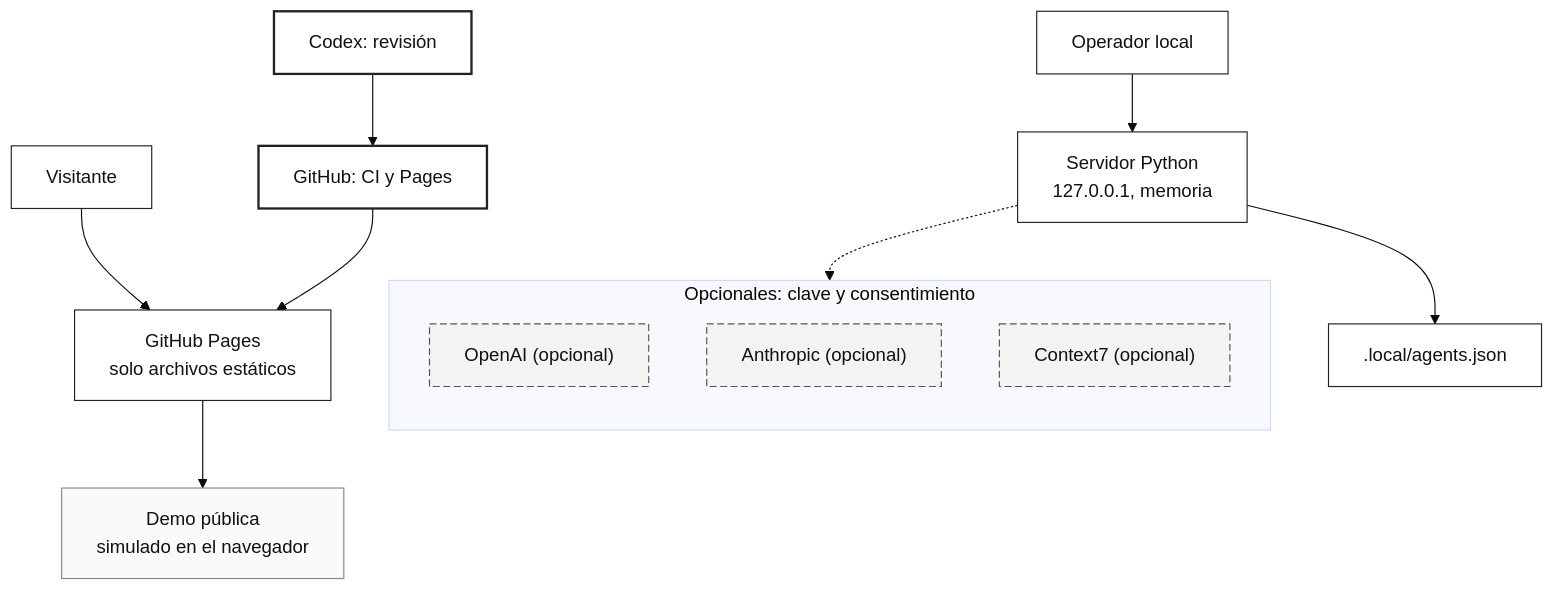
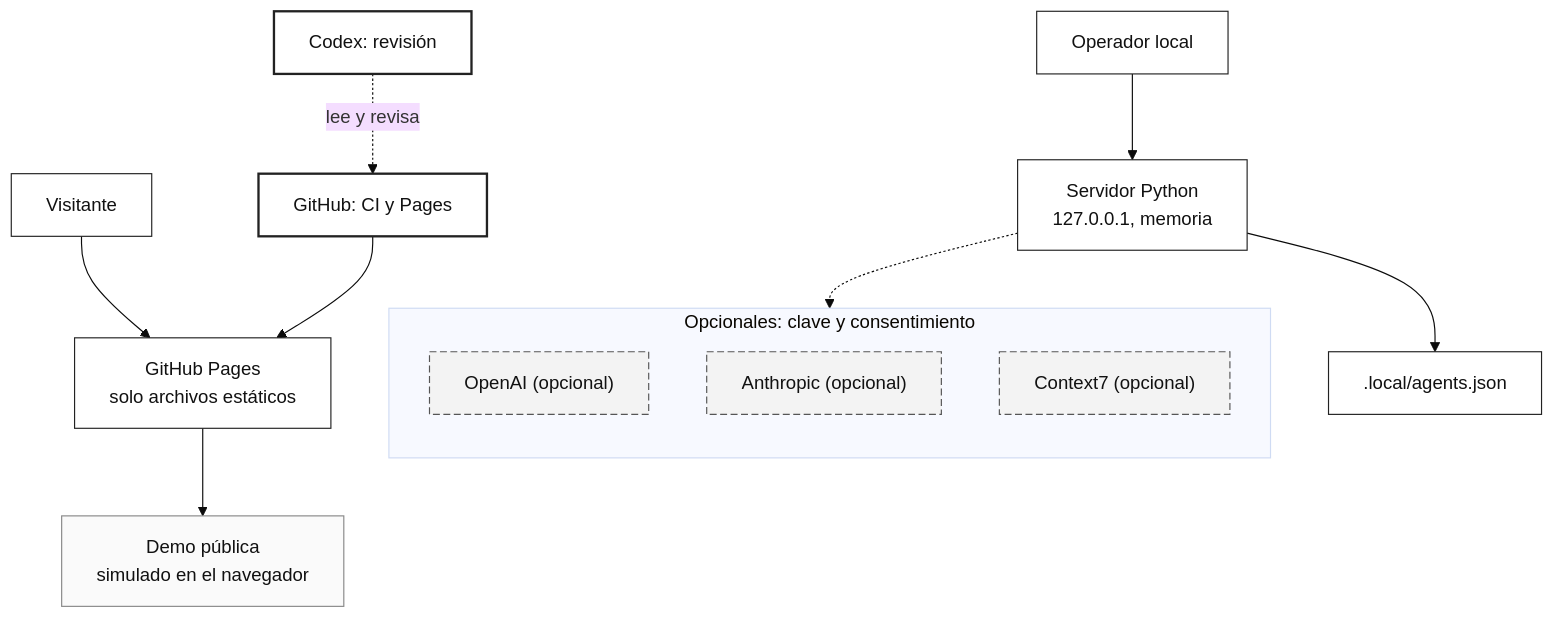
One commit to marcodiazleon/ai-implementation-lab changed the first of 4 diagrams in docs/book/02-arquitectura.md. Above: the diagram before and after it, drawn with Mermaid (base theme). The commit also changed other lines of this file and 3 other files, not shown here.

First line of the commit message:
Fidelity items from the internal review of the eleven diagrams applied

````diff
--- a/docs/book/02-arquitectura.md
+++ b/docs/book/02-arquitectura.md
@@ -9,20 +9,20 @@
 ```mermaid
 flowchart TB
   classDef ok fill:#ffffff,stroke:#222,color:#111
   classDef opt fill:#f3f3f3,stroke:#555,stroke-dasharray:6 3,color:#111
   classDef sim fill:#fafafa,stroke:#888,color:#111
   classDef ext fill:#ffffff,stroke:#222,stroke-width:2px,color:#111
   V["Visitante"]:::ok --> P["GitHub Pages<br/>solo archivos estáticos"]:::ok
   P --> B1["Demo pública<br/>simulado en el navegador"]:::sim
   G["GitHub: CI y Pages"]:::ext --> P
-  CX["Codex: revisión"]:::ext --> G
+  CX["Codex: revisión"]:::ext -.->|"lee y revisa"| G
   O["Operador local"]:::ok --> S["Servidor Python<br/>127.0.0.1, memoria"]:::ok
   S --> L[".local/agents.json"]:::ok
   subgraph OPT["Opcionales: clave y consentimiento"]
     direction TB
     OA["OpenAI (opcional)"]:::opt
     AN["Anthropic (opcional)"]:::opt
     C7["Context7 (opcional)"]:::opt
   end
   S -.-> OPT
 ```
````
